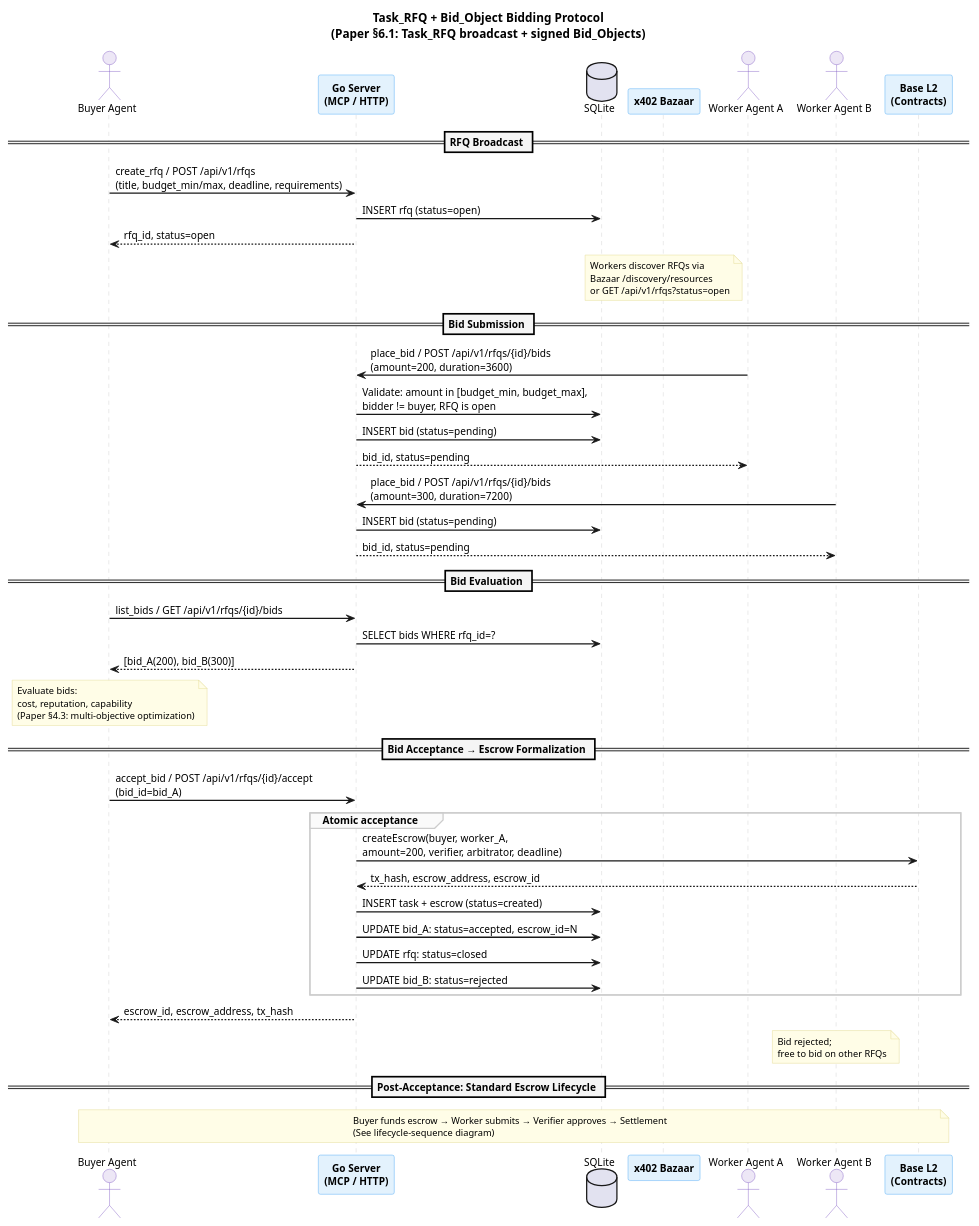
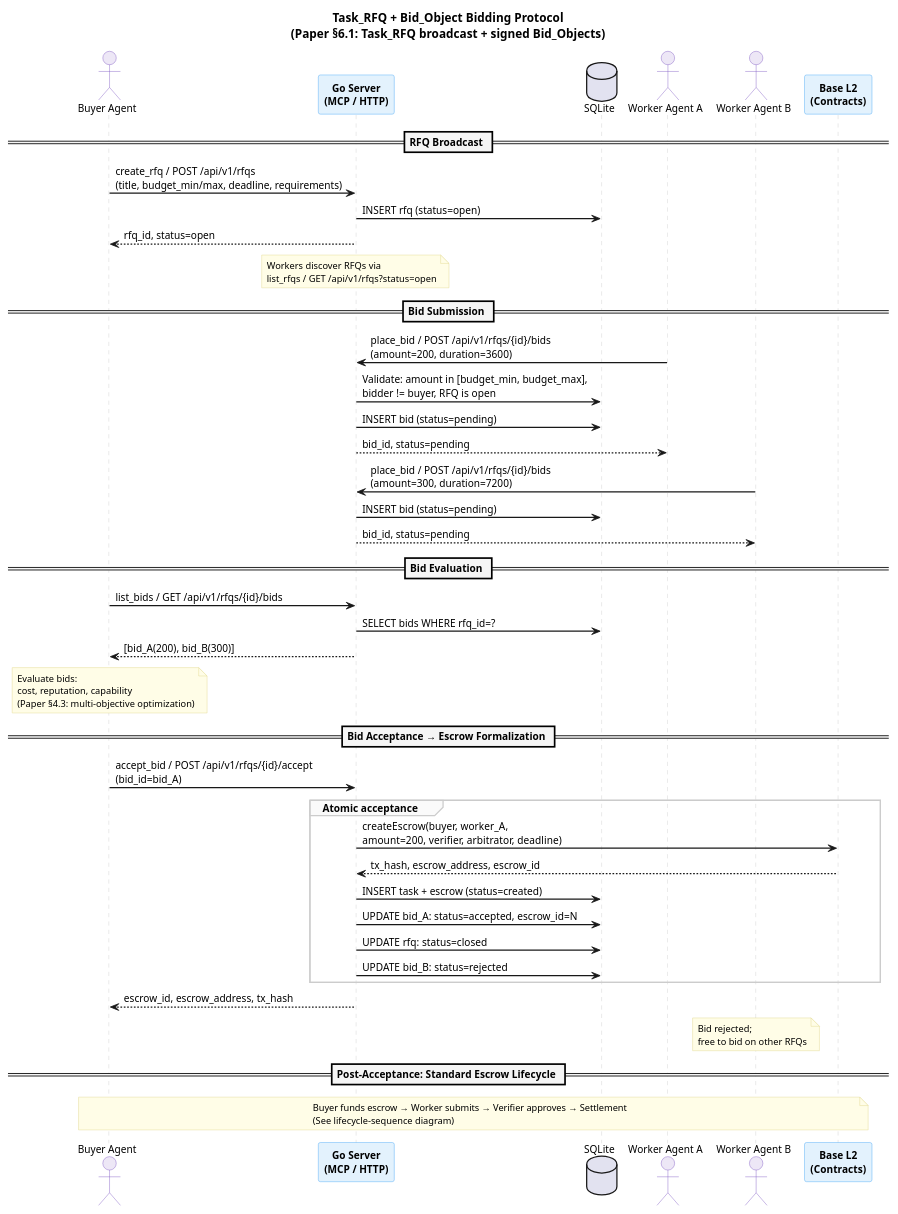
Before and after one commit to eddiefleurent/agent-escrow: the diagram in docs/diagrams/bidding-sequence.puml, drawn with PlantUML. The commit also changed 7 other files, not shown here.

```diff
--- a/docs/diagrams/bidding-sequence.puml
+++ b/docs/diagrams/bidding-sequence.puml
@@ -1,89 +1,88 @@
 @startuml bidding-sequence
 skinparam backgroundColor #FFFFFF
 skinparam defaultFontName "Helvetica"
 skinparam defaultFontSize 12
 skinparam shadowing false
 skinparam sequenceArrowThickness 1.5
 skinparam sequenceLifeLineBorderColor #CCCCCC
 skinparam sequenceDividerBackgroundColor #F5F5F5
 skinparam sequenceDividerFontStyle bold
 skinparam sequenceGroupBackgroundColor #FAFAFA
 skinparam sequenceGroupBorderColor #CCCCCC
 
 skinparam participant {
   BorderColor #42A5F5
   BackgroundColor #E3F2FD
   FontStyle bold
 }
 
 skinparam actor {
   BorderColor #7E57C2
   BackgroundColor #EDE7F6
 }
 
 skinparam note {
   BackgroundColor #FFFDE7
   BorderColor #E0D68A
   FontSize 11
 }
 
 title Task_RFQ + Bid_Object Bidding Protocol\n(Paper §6.1: Task_RFQ broadcast + signed Bid_Objects)
 
 actor "Buyer Agent" as Buyer
 participant "Go Server\n(MCP / HTTP)" as Server
 database "SQLite" as DB
-participant "x402 Bazaar" as Bazaar
 actor "Worker Agent A" as WorkerA
 actor "Worker Agent B" as WorkerB
 participant "Base L2\n(Contracts)" as Chain
 
 == RFQ Broadcast ==
 
 Buyer -> Server : create_rfq / POST /api/v1/rfqs\n(title, budget_min/max, deadline, requirements)
 Server -> DB : INSERT rfq (status=open)
 Server --> Buyer : rfq_id, status=open
 
-note over Bazaar : Workers discover RFQs via\nBazaar /discovery/resources\nor GET /api/v1/rfqs?status=open
+note over Server : Workers discover RFQs via\nlist_rfqs / GET /api/v1/rfqs?status=open
 
 == Bid Submission ==
 
 WorkerA -> Server : place_bid / POST /api/v1/rfqs/{id}/bids\n(amount=200, duration=3600)
 Server -> DB : Validate: amount in [budget_min, budget_max],\nbidder != buyer, RFQ is open
 Server -> DB : INSERT bid (status=pending)
 Server --> WorkerA : bid_id, status=pending
 
 WorkerB -> Server : place_bid / POST /api/v1/rfqs/{id}/bids\n(amount=300, duration=7200)
 Server -> DB : INSERT bid (status=pending)
 Server --> WorkerB : bid_id, status=pending
 
 == Bid Evaluation ==
 
 Buyer -> Server : list_bids / GET /api/v1/rfqs/{id}/bids
 Server -> DB : SELECT bids WHERE rfq_id=?
 Server --> Buyer : [bid_A(200), bid_B(300)]
 
 note over Buyer : Evaluate bids:\ncost, reputation, capability\n(Paper §4.3: multi-objective optimization)
 
 == Bid Acceptance → Escrow Formalization ==
 
 Buyer -> Server : accept_bid / POST /api/v1/rfqs/{id}/accept\n(bid_id=bid_A)
 
 group Atomic acceptance
   Server -> Chain : createEscrow(buyer, worker_A,\namount=200, verifier, arbitrator, deadline)
   Chain --> Server : tx_hash, escrow_address, escrow_id
 
   Server -> DB : INSERT task + escrow (status=created)
   Server -> DB : UPDATE bid_A: status=accepted, escrow_id=N
   Server -> DB : UPDATE rfq: status=closed
   Server -> DB : UPDATE bid_B: status=rejected
 end
 
 Server --> Buyer : escrow_id, escrow_address, tx_hash
 
 note over WorkerB : Bid rejected;\nfree to bid on other RFQs
 
 == Post-Acceptance: Standard Escrow Lifecycle ==
 
 note over Buyer, Chain : Buyer funds escrow → Worker submits → Verifier approves → Settlement\n(See lifecycle-sequence diagram)
 
 @enduml
```
